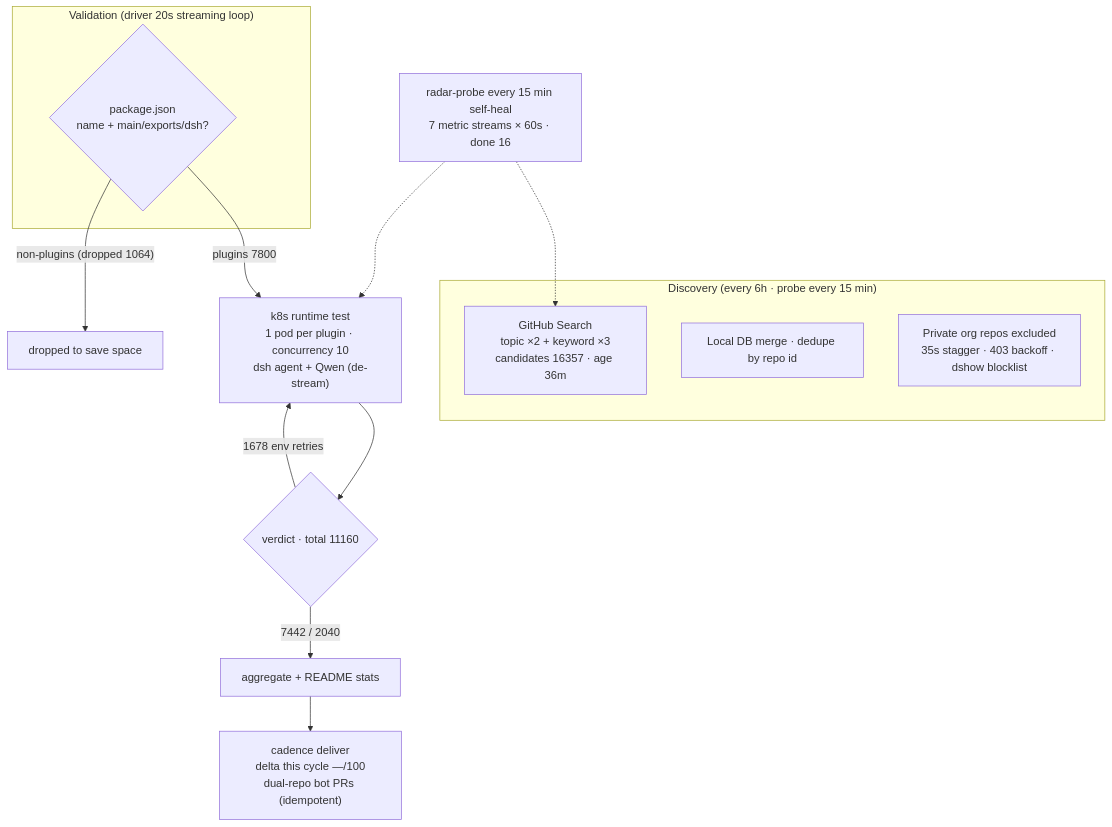
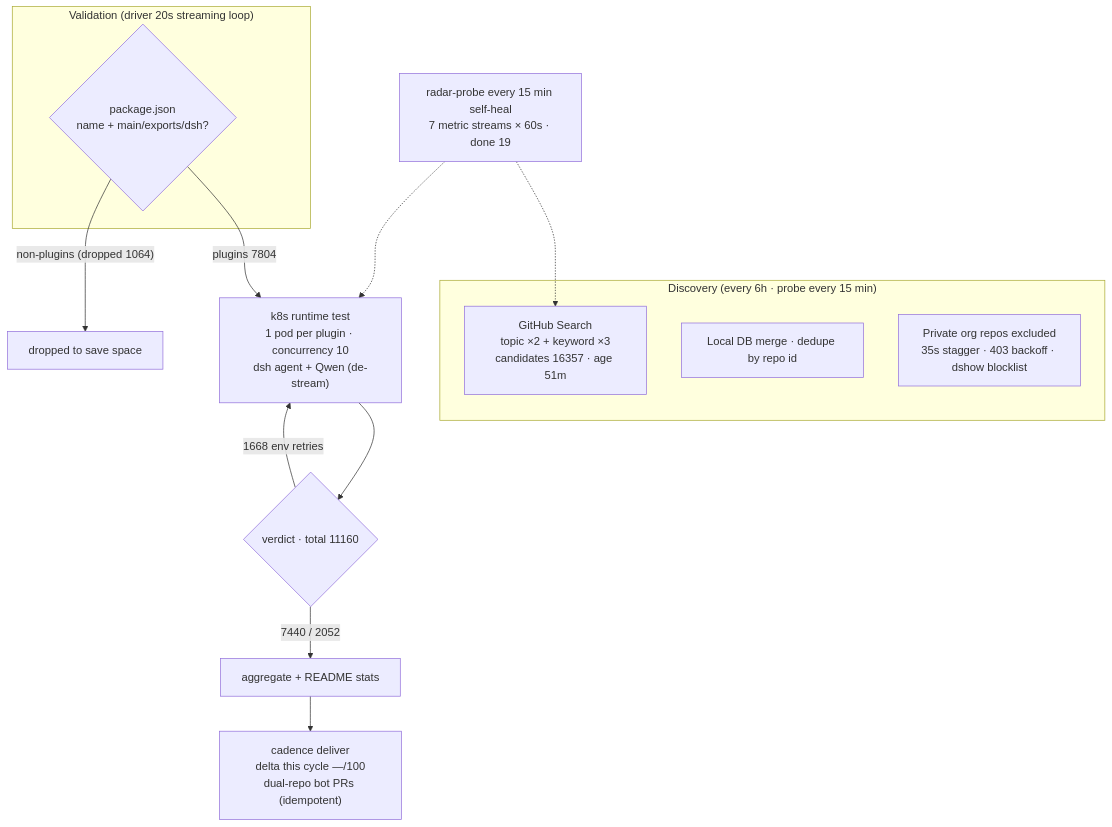
One commit to AdamPlatin123/awesome-dsh-plugins changed the diagram in README.en-US.md. Above: the diagram before and after it, drawn with Mermaid. The commit also changed other lines of this file and 5 other files, not shown here.

````diff
--- a/README.en-US.md
+++ b/README.en-US.md
@@ -45,20 +45,20 @@
 ```mermaid
 flowchart TB
     subgraph Discovery["Discovery (every 6h · probe every 15 min)"]
-        A1["GitHub Search<br/>topic ×2 + keyword ×3<br/>candidates 16357 · age 36m"]
+        A1["GitHub Search<br/>topic ×2 + keyword ×3<br/>candidates 16357 · age 51m"]
         A2["Local DB merge · dedupe by repo id"]
         A3["Private org repos excluded<br/>35s stagger · 403 backoff · dshow blocklist"]
     end
     subgraph Validation["Validation (driver 20s streaming loop)"]
         B1{"package.json<br/>name + main/exports/dsh?"}
     end
-    B1 -->|"plugins 7800"| C1["k8s runtime test<br/>1 pod per plugin · concurrency 10<br/>dsh agent + Qwen (de-stream)"]
+    B1 -->|"plugins 7804"| C1["k8s runtime test<br/>1 pod per plugin · concurrency 10<br/>dsh agent + Qwen (de-stream)"]
     B1 -->|"non-plugins (dropped 1064)"| B3["dropped to save space"]
     C1 --> D1{"verdict · total 11160"}
-    D1 -->|"7442 / 2040"| E1["aggregate + README stats"]
-    D1 -->|"1678 env retries"| C1
+    D1 -->|"7440 / 2052"| E1["aggregate + README stats"]
+    D1 -->|"1668 env retries"| C1
     E1 --> E2["cadence deliver<br/>delta this cycle —/100<br/>dual-repo bot PRs (idempotent)"]
-    M["radar-probe every 15 min self-heal<br/>7 metric streams × 60s · done 16"]
+    M["radar-probe every 15 min self-heal<br/>7 metric streams × 60s · done 19"]
     M -.-> A1
     M -.-> C1
 ```
````
